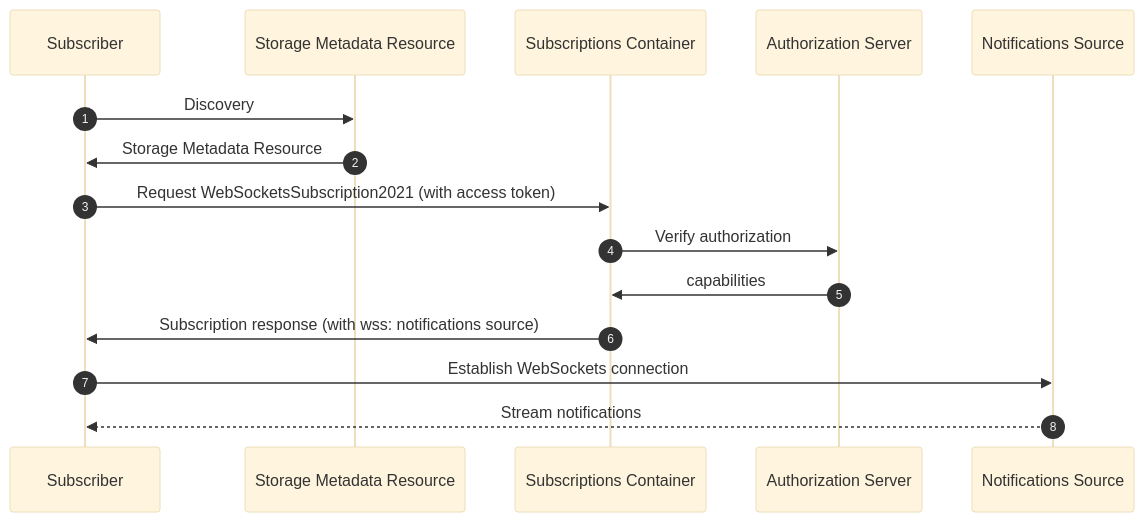
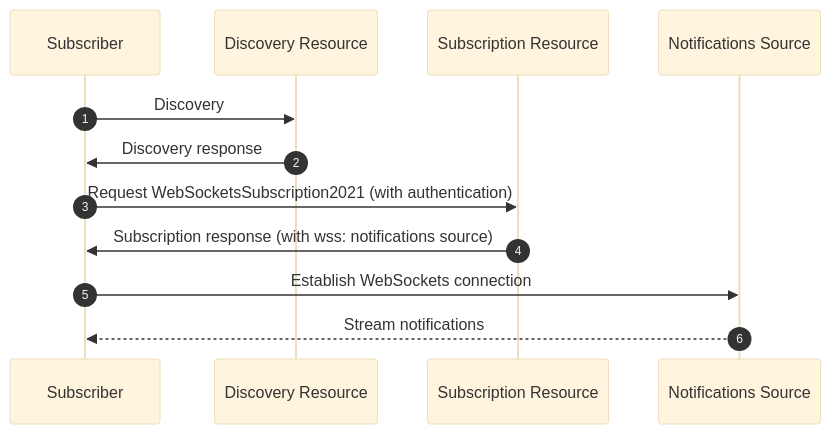
The diagram in websocket-subscription-2021-flow.mmd (elf-pavlik/notifications), drawn with Mermaid (base theme) before and after one commit. The commit also changed 25 other files, not shown here.

```diff
--- a/websocket-subscription-2021-flow.mmd
+++ b/websocket-subscription-2021-flow.mmd
@@ -1,16 +1,13 @@
 sequenceDiagram
   autonumber
   participant Subscriber
-  participant Storage Metadata Resource
-  participant Subscriptions Container
-  participant Authorization Server
+  participant Discovery Resource
+  participant Subscription Resource
   participant Notifications Source
 
-  Subscriber ->> Storage Metadata Resource: Discovery
-  Storage Metadata Resource ->> Subscriber: Storage Metadata Resource
-  Subscriber ->> Subscriptions Container: Request WebSocketsSubscription2021 (with access token)
-  Subscriptions Container ->> Authorization Server: Verify authorization
-  Authorization Server ->> Subscriptions Container: capabilities
-  Subscriptions Container ->> Subscriber: Subscription response (with wss: notifications source)
+  Subscriber ->> Discovery Resource: Discovery
+  Discovery Resource ->> Subscriber: Discovery response
+  Subscriber ->> Subscription Resource: Request WebSocketsSubscription2021 (with authentication)
+  Subscription Resource ->> Subscriber: Subscription response (with wss: notifications source)
   Subscriber ->> Notifications Source: Establish WebSockets connection
   Notifications Source -->> Subscriber: Stream notifications
```
